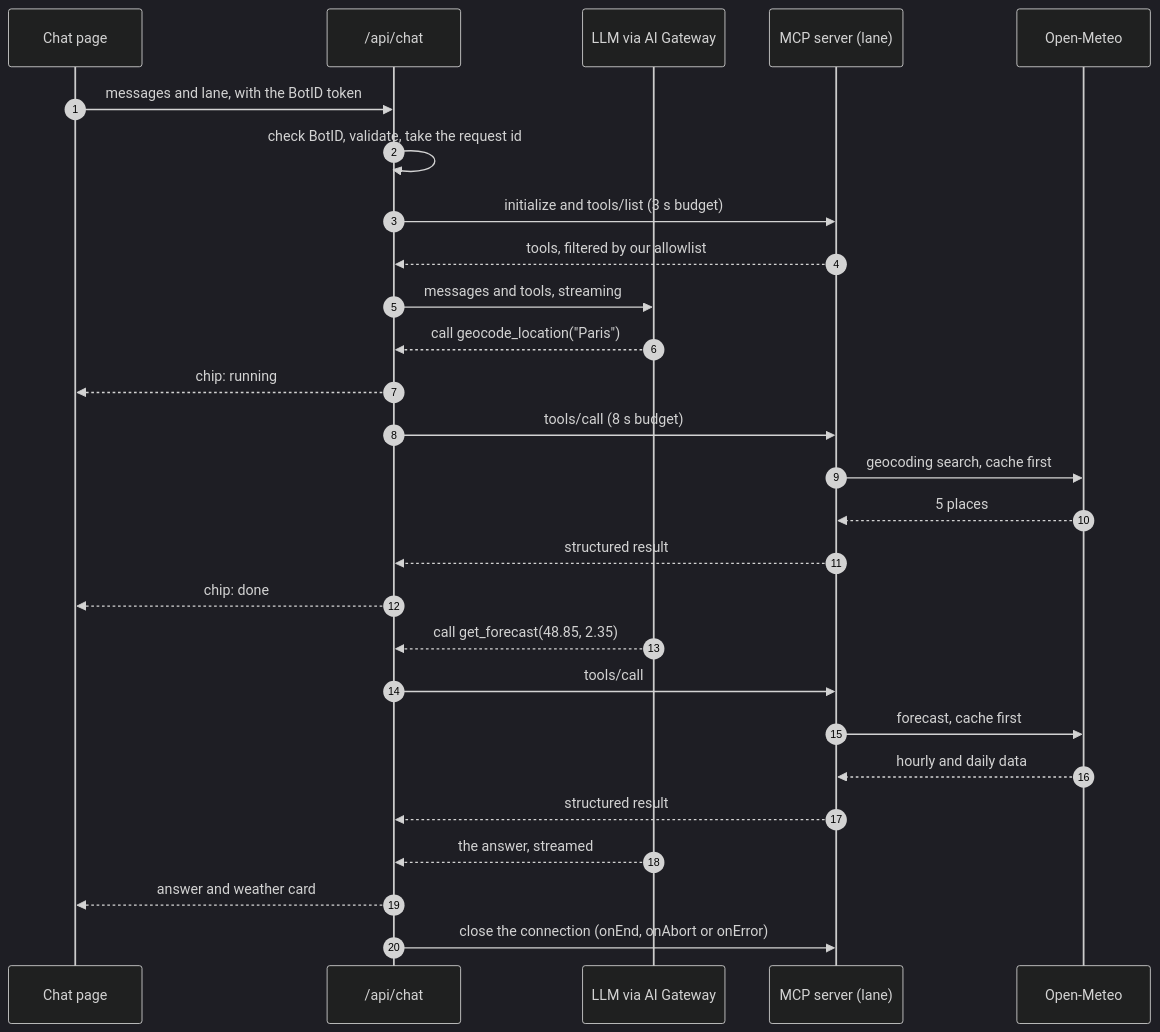
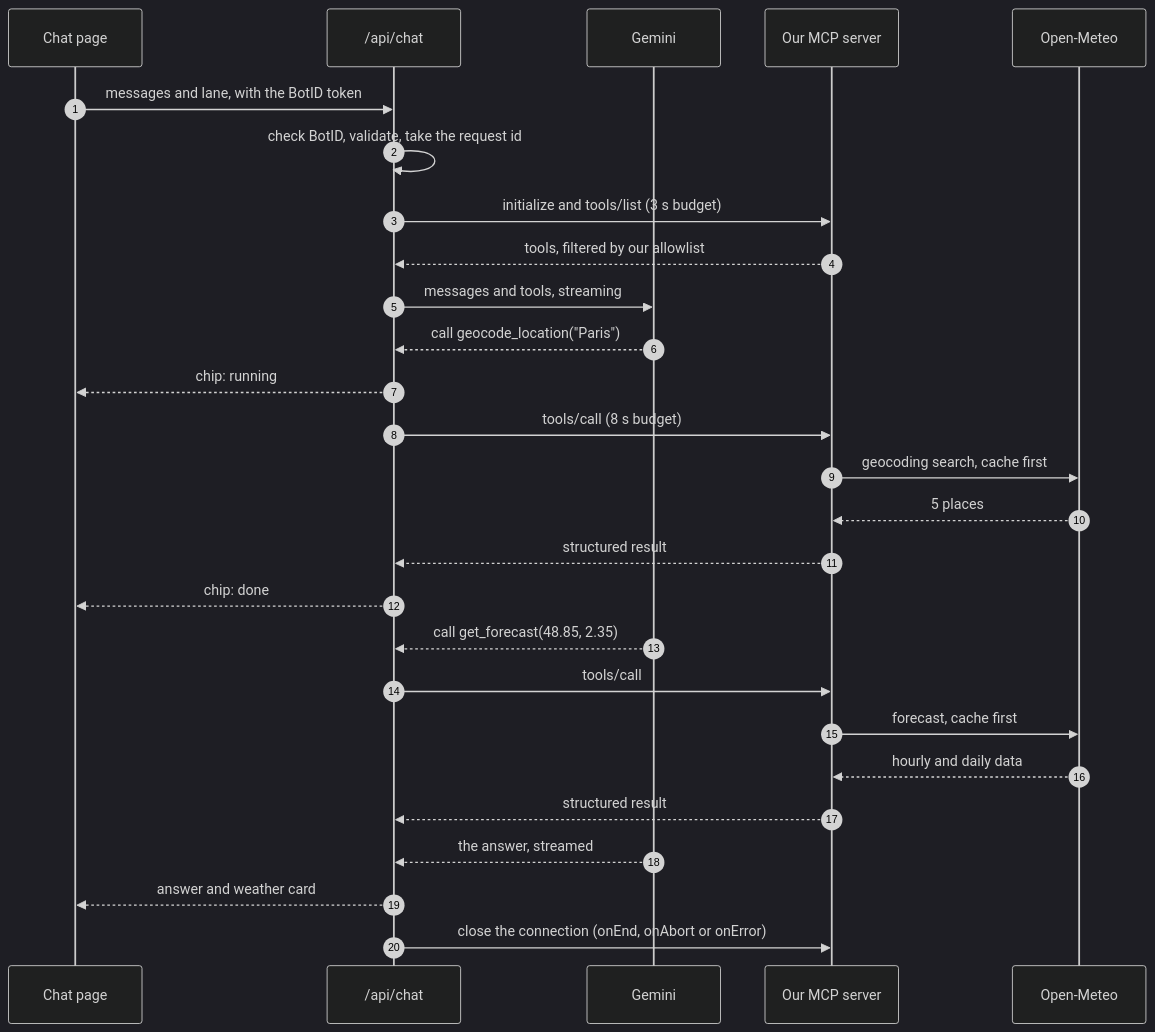
One commit to EasyLearnJava/AgenticProgramming changed the second of 2 diagrams in projects/Agentic/weather-chatbot/PLAN.md. Above: the diagram before and after it, drawn with Mermaid (dark theme). The commit also changed other lines of this file, not shown here.

First line of the commit message:
Agentic: weather chatbot plan gets four lanes, REST and MCP, with and without auth

````diff
--- a/projects/Agentic/weather-chatbot/PLAN.md
+++ b/projects/Agentic/weather-chatbot/PLAN.md
@@ -293,29 +427,29 @@
 ```mermaid
 sequenceDiagram
   autonumber
   participant P as Chat page
   participant R as /api/chat
-  participant M as LLM via AI Gateway
-  participant S as MCP server (lane)
+  participant M as Gemini
+  participant S as Our MCP server
   participant O as Open-Meteo
   P->>R: messages and lane, with the BotID token
   R->>R: check BotID, validate, take the request id
   R->>S: initialize and tools/list (3 s budget)
   S-->>R: tools, filtered by our allowlist
   R->>M: messages and tools, streaming
   M-->>R: call geocode_location("Paris")
   R-->>P: chip: running
   R->>S: tools/call (8 s budget)
   S->>O: geocoding search, cache first
   O-->>S: 5 places
   S-->>R: structured result
   R-->>P: chip: done
   M-->>R: call get_forecast(48.85, 2.35)
   R->>S: tools/call
   S->>O: forecast, cache first
   O-->>S: hourly and daily data
   S-->>R: structured result
   M-->>R: the answer, streamed
   R-->>P: answer and weather card
   R->>S: close the connection (onEnd, onAbort or onError)
 ```
````
